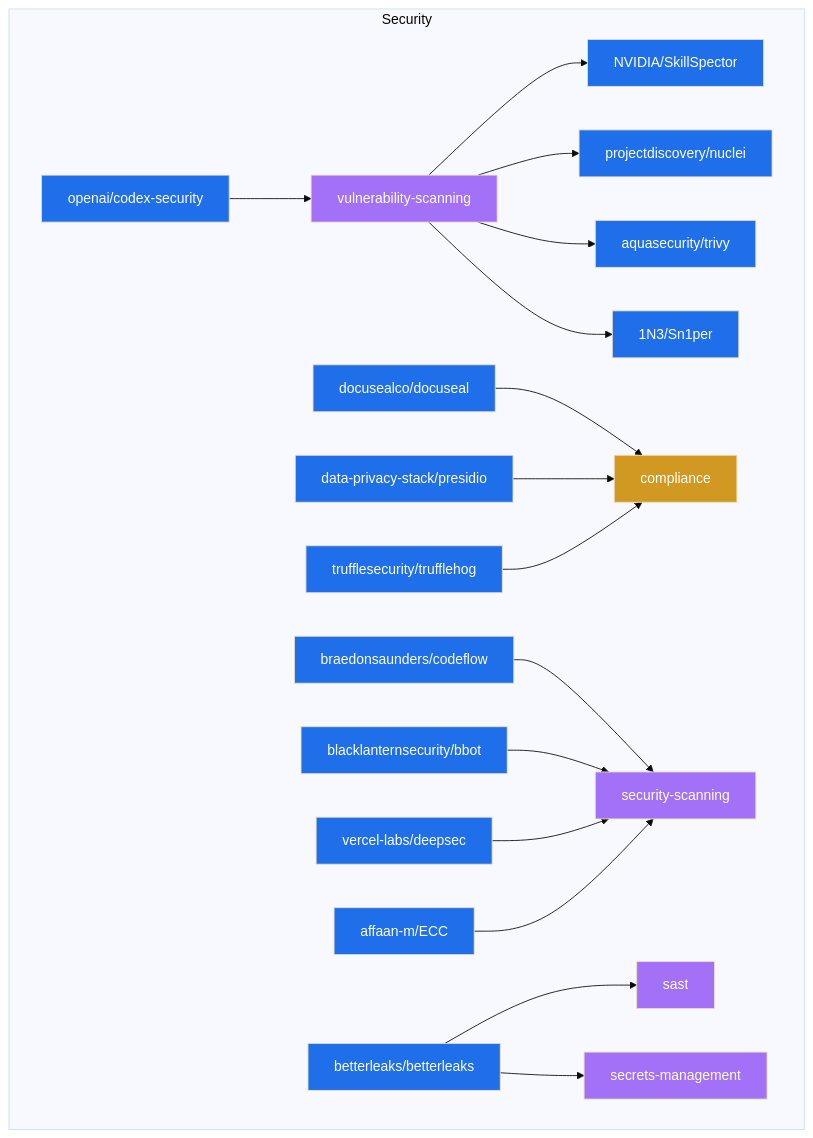
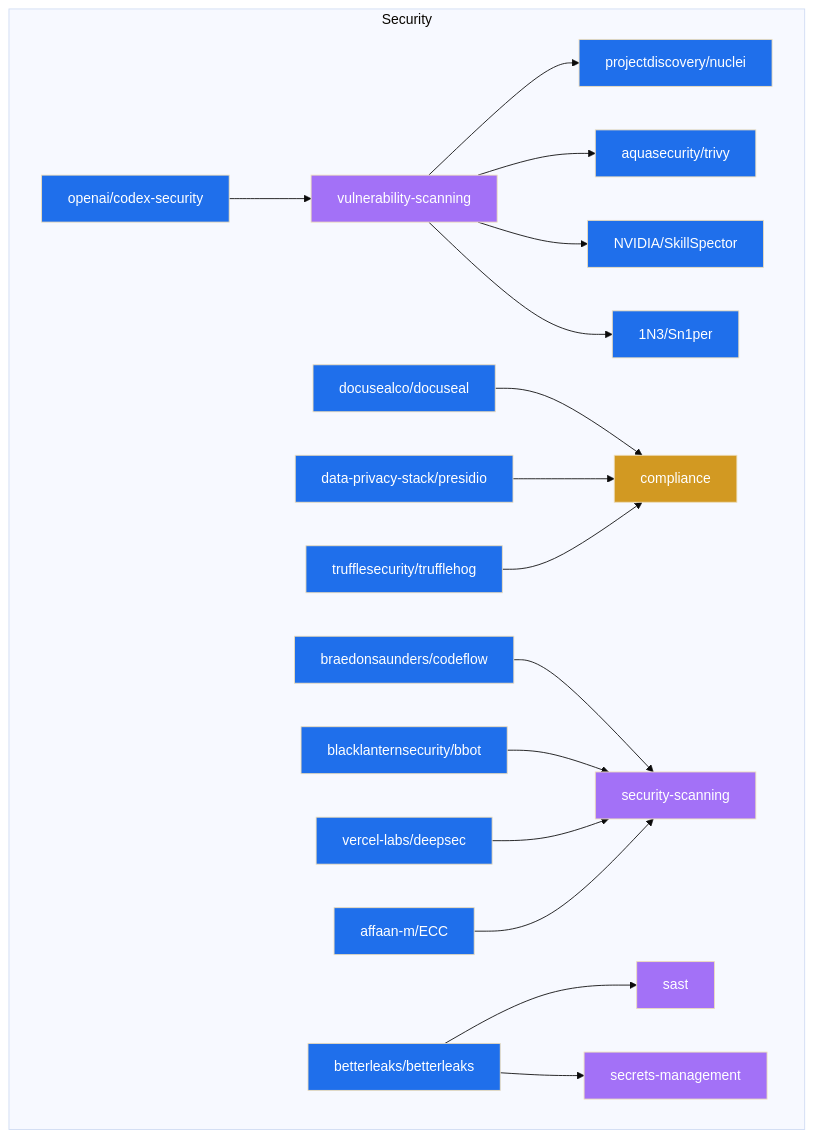
Before and after one commit to Meru143/star-graph: the diagram in data/star_graph_security.mermaid, drawn with Mermaid (base theme). The commit also changed other lines of this file and 15 other files, not shown here.

Commit message:
chore: weekly star graph update 2026-09-14

```diff
--- a/data/star_graph_security.mermaid
+++ b/data/star_graph_security.mermaid
@@ -1,40 +1,40 @@
 graph TD
   subgraph security ["Security"]
-    NVIDIA_SkillSpector["NVIDIA/SkillSpector"]:::repo
-    affaan_m_ECC["affaan-m/ECC"]:::repo
-    trufflesecurity_trufflehog["trufflesecurity/trufflehog"]:::repo
+    betterleaks_betterleaks["betterleaks/betterleaks"]:::repo
+    vulnerability_scanning["vulnerability-scanning"]:::topic
     docusealco_docuseal["docusealco/docuseal"]:::repo
-    vulnerability_scanning["vulnerability-scanning"]:::topic
     secrets_management["secrets-management"]:::topic
-    betterleaks_betterleaks["betterleaks/betterleaks"]:::repo
     security_scanning["security-scanning"]:::topic
     compliance["compliance"]:::use_case
+    sast["sast"]:::topic
+    data_privacy_stack_presidio["data-privacy-stack/presidio"]:::repo
+    trufflesecurity_trufflehog["trufflesecurity/trufflehog"]:::repo
+    1N3_Sn1per["1N3/Sn1per"]:::repo
+    openai_codex_security["openai/codex-security"]:::repo
+    blacklanternsecurity_bbot["blacklanternsecurity/bbot"]:::repo
+    affaan_m_ECC["affaan-m/ECC"]:::repo
+    aquasecurity_trivy["aquasecurity/trivy"]:::repo
+    braedonsaunders_codeflow["braedonsaunders/codeflow"]:::repo
     vercel_labs_deepsec["vercel-labs/deepsec"]:::repo
-    1N3_Sn1per["1N3/Sn1per"]:::repo
-    sast["sast"]:::topic
-    blacklanternsecurity_bbot["blacklanternsecurity/bbot"]:::repo
-    aquasecurity_trivy["aquasecurity/trivy"]:::repo
-    openai_codex_security["openai/codex-security"]:::repo
-    braedonsaunders_codeflow["braedonsaunders/codeflow"]:::repo
+    NVIDIA_SkillSpector["NVIDIA/SkillSpector"]:::repo
     projectdiscovery_nuclei["projectdiscovery/nuclei"]:::repo
-    data_privacy_stack_presidio["data-privacy-stack/presidio"]:::repo
   end
   openai_codex_security --> vulnerability_scanning
   vulnerability_scanning --> projectdiscovery_nuclei
   vulnerability_scanning --> aquasecurity_trivy
   vulnerability_scanning --> NVIDIA_SkillSpector
   vulnerability_scanning --> 1N3_Sn1per
   docusealco_docuseal --> compliance
   data_privacy_stack_presidio --> compliance
   braedonsaunders_codeflow --> security_scanning
   trufflesecurity_trufflehog --> compliance
   betterleaks_betterleaks --> sast
   betterleaks_betterleaks --> secrets_management
   blacklanternsecurity_bbot --> security_scanning
   vercel_labs_deepsec --> security_scanning
   affaan_m_ECC --> security_scanning
   classDef repo fill:#1f6feb,color:#fff;
   classDef topic fill:#a371f7,color:#fff;
   classDef technology fill:#3fb950,color:#fff;
   classDef use_case fill:#d29922,color:#fff;
   classDef architecture fill:#f85149,color:#fff;
```
